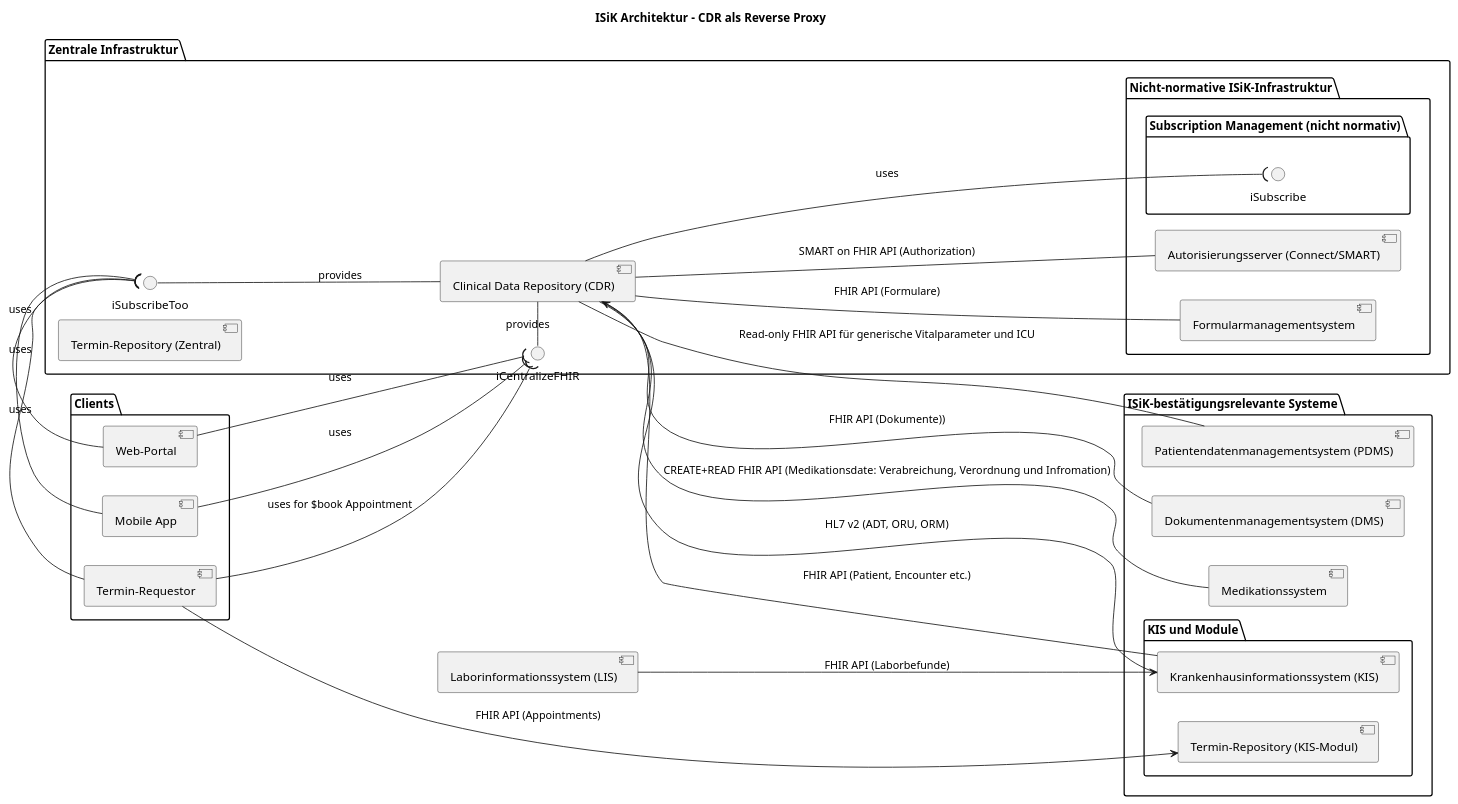
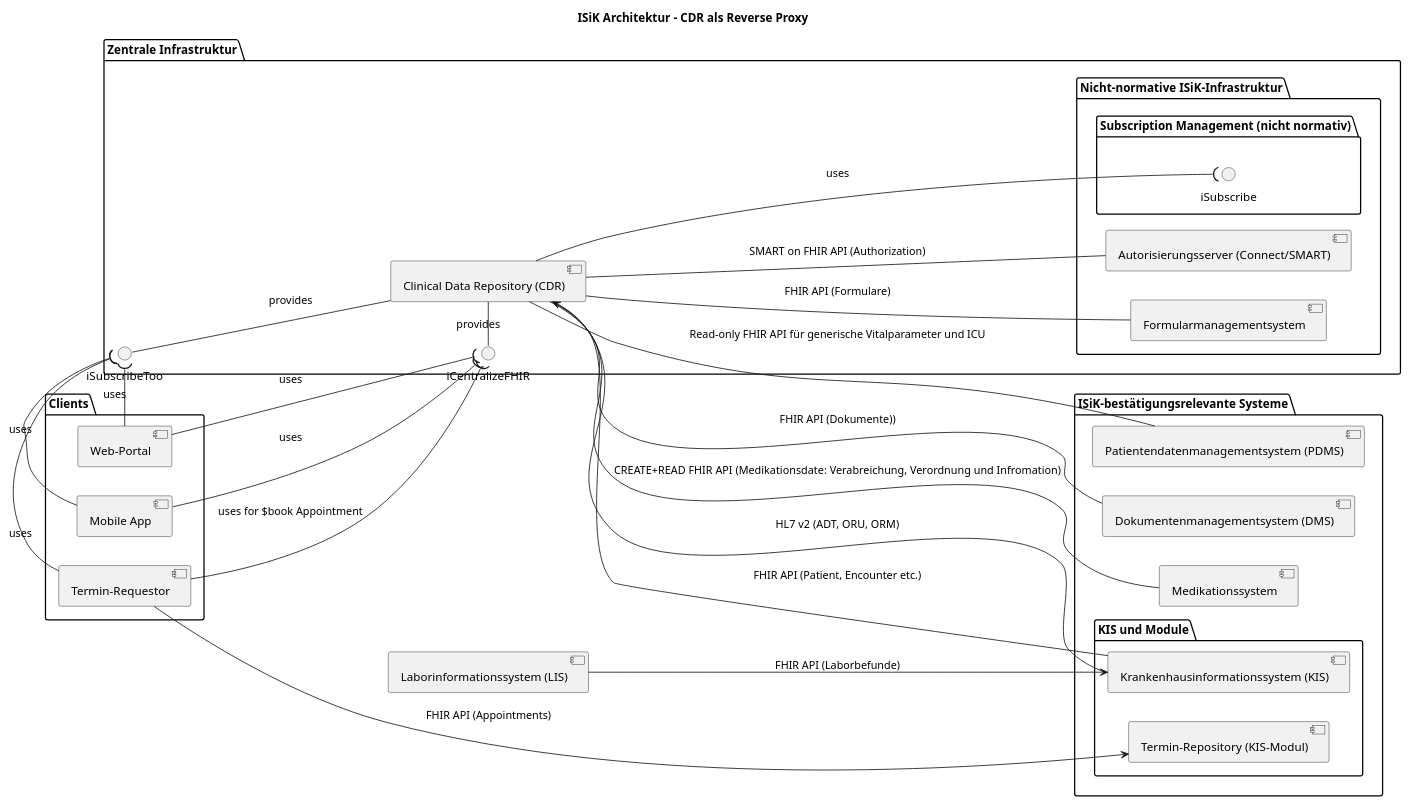
Before and after one commit to gematik/spec-ISiK-Basismodul: the diagram in Material/_commons/diagrams/isik-arch.puml, drawn with PlantUML.

Commit message:
rm redundant component

```diff
--- a/Material/_commons/diagrams/isik-arch.puml
+++ b/Material/_commons/diagrams/isik-arch.puml
@@ -1,91 +1,90 @@
 @startuml
 left to right direction
 
 title ISiK Architektur – CDR als Reverse Proxy
 
 package "ISiK-bestätigungsrelevante Systeme" {
 
      package "KIS und Module" {
   [Krankenhausinformationssystem (KIS)] as KIS
     [Termin-Repository (KIS-Modul)] as TerminKIS
     } 
 
   [Patientendatenmanagementsystem (PDMS)] as PDMS
   [Dokumentenmanagementsystem (DMS)] as DMS
   [Medikationssystem]
 
 
 }
 
 package "Zentrale Infrastruktur" {
   [Clinical Data Repository (CDR)] as CDR
-  [Termin-Repository (Zentral)] as TerminRepoZentral
 
   interface iCentralizeFHIR
   interface  iSubscribeToo
 
   package "Nicht-normative ISiK-Infrastruktur" {
   
   [Autorisierungsserver (Connect/SMART)] as Autorisierungsserver
   [Formularmanagementsystem]
 
   package "Subscription Management (nicht normativ)" {
     interface  iSubscribe
   }
 
   }
 }
 
   
 
 [Laborinformationssystem (LIS)] as LIS
 
 
 
 package "Clients" {
   [Mobile App]
   [Web-Portal]
   [Termin-Requestor]
 }
 
 ' Schnittstellen zwischen CDR und externen Clients
 iCentralizeFHIR - [CDR]  : provides
 [Mobile App] --( iCentralizeFHIR : uses
 [Web-Portal] --( iCentralizeFHIR : uses
 [Termin-Requestor] --( iCentralizeFHIR : "uses for $book Appointment"
 
 
 ' FHIR Schnittstellen zwischen CDR und ISiK-Systemen
 
 [CDR] -- [KIS] :  FHIR API (Patient, Encounter etc.) 
 [CDR] -- [PDMS] : Read-only FHIR API für generische Vitalparameter und ICU 
 [CDR] -- [DMS] : FHIR API (Dokumente))
 [CDR] -- [Medikationssystem] : CREATE+READ FHIR API (Medikationsdate: Verabreichung, Verordnung und Infromation)
 [CDR] -- [Autorisierungsserver] : SMART on FHIR API (Authorization) 
 [CDR] -- [Formularmanagementsystem] : FHIR API (Formulare)
 
 ' weitere Schnittstellen zwischen CDR und ISiK-Systemen
 [KIS] --> [CDR] : HL7 v2 (ADT, ORU, ORM)
 'etc. für alle Systeme, die HL7 v2 unterstützen; hier nicht gerendert im Sinne der Übersichtlichkeit
 
 ' Direkte Schnittstellen zwischen ISiK-Systemen
 [LIS] --> [KIS] : FHIR API (Laborbefunde)
 [Termin-Requestor] --> [TerminKIS] : FHIR API (Appointments)
 
 ' CDR Subscription Management zu subsystemen 
 [CDR] --( iSubscribe : uses 
 'iSubscribe - [KIS] : provides
 'iSubscribe - [PDMS] : provides
 'iSubscribe - [Medikationssystem] : provides
 ' etc. für alle Systeme, die Subscription Management unterstützen; hier nicht gerendert im Sinne der Übersichtlichkeit
 
 ' Client-Subscription-Management
 iSubscribeToo -- [CDR] : provides 
 [Mobile App] -( iSubscribeToo : uses 
 [Web-Portal] -( iSubscribeToo : uses 
 [Termin-Requestor] -( iSubscribeToo : uses
 
 
 
 
 @enduml
```
